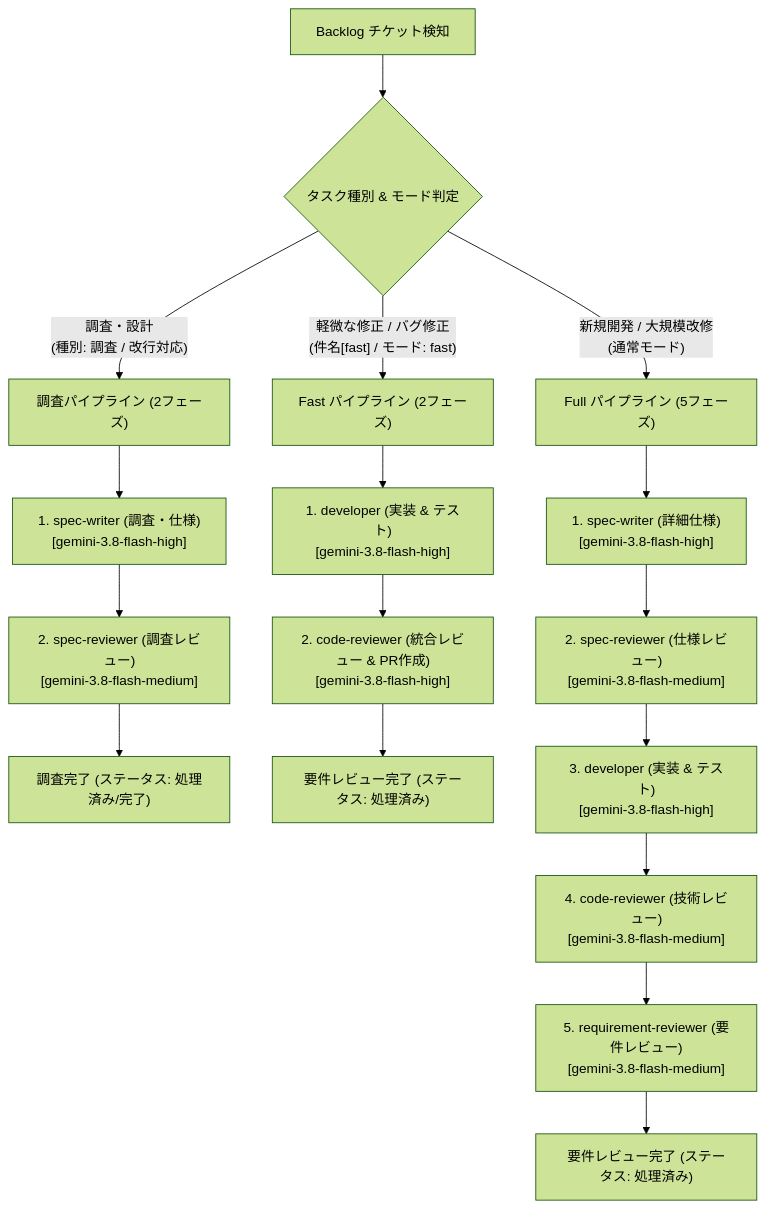
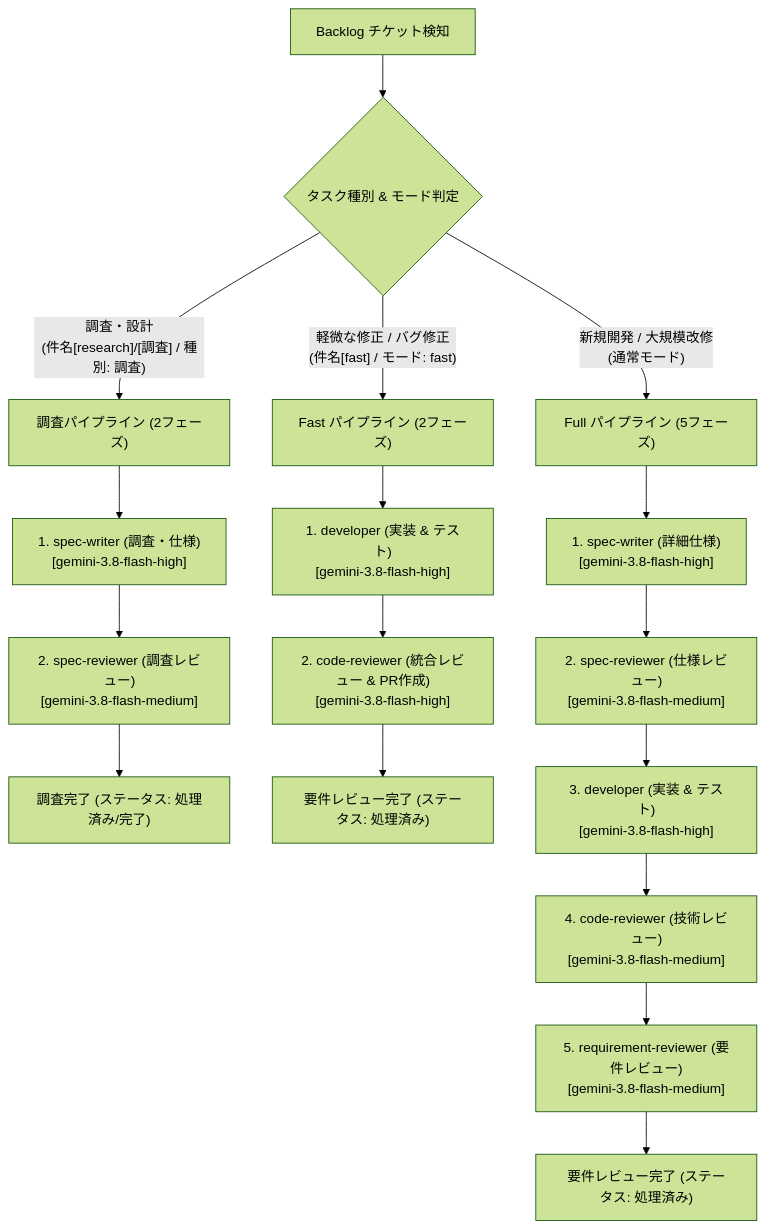
Before and after one commit to oharato/aidevflow: the first of 2 diagrams in docs/quota_optimization.md, drawn with Mermaid (forest theme). The commit also changed other lines of this file and 37 other files, not shown here.

````diff
--- a/docs/quota_optimization.md
+++ b/docs/quota_optimization.md
@@ -22,25 +35,25 @@
 ```mermaid
 flowchart TD
     Issue["Backlog チケット検知"] --> Analysis{"タスク種別 & モード判定"}
 
     %% 調査タスク (2フェーズ)
-    Analysis -->|"調査・設計\n(種別: 調査 / 改行対応)"| InvPath["調査パイプライン (2フェーズ)"]
+    Analysis -->|"調査・設計\n(件名[research]/[調査] / 種別: 調査)"| InvPath["調査パイプライン (2フェーズ)"]
     InvPath --> Inv1["1. spec-writer (調査・仕様)\n[gemini-3.8-flash-high]"]
     Inv1 --> Inv2["2. spec-reviewer (調査レビュー)\n[gemini-3.8-flash-medium]"]
     Inv2 --> InvDone["調査完了 (ステータス: 処理済み/完了)"]
 
     %% Fastモード (2フェーズ)
     Analysis -->|"軽微な修正 / バグ修正\n(件名[fast] / モード: fast)"| FastPath["Fast パイプライン (2フェーズ)"]
     FastPath --> Fast1["1. developer (実装 & テスト)\n[gemini-3.8-flash-high]"]
     Fast1 --> Fast2["2. code-reviewer (統合レビュー & PR作成)\n[gemini-3.8-flash-high]"]
     Fast2 --> FastDone["要件レビュー完了 (ステータス: 処理済み)"]
 
     %% 通常タスク (Full 5フェーズ)
     Analysis -->|"新規開発 / 大規模改修\n(通常モード)"| FullPath["Full パイプライン (5フェーズ)"]
     FullPath --> F1["1. spec-writer (詳細仕様)\n[gemini-3.8-flash-high]"]
     F1 --> F2["2. spec-reviewer (仕様レビュー)\n[gemini-3.8-flash-medium]"]
     F2 --> F3["3. developer (実装 & テスト)\n[gemini-3.8-flash-high]"]
     F3 --> F4["4. code-reviewer (技術レビュー)\n[gemini-3.8-flash-medium]"]
     F4 --> F5["5. requirement-reviewer (要件レビュー)\n[gemini-3.8-flash-medium]"]
     F5 --> FullDone["要件レビュー完了 (ステータス: 処理済み)"]
 ```
````
